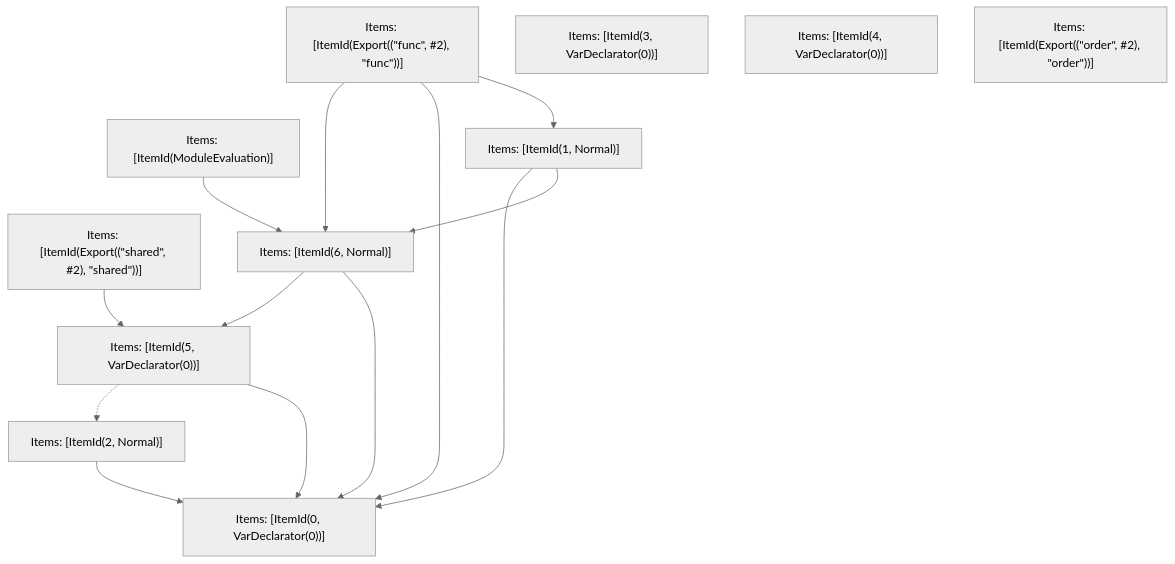
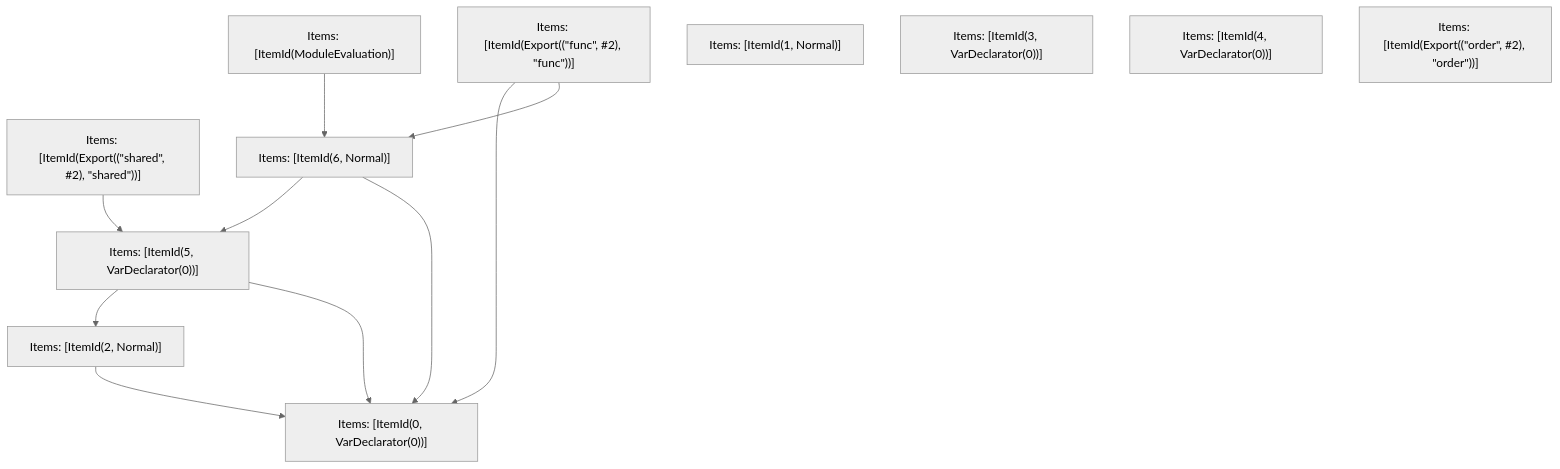
One commit to Sonar-UX-Testing-FreePlan/next.js changed the fifth of 5 diagrams in turbopack/crates/turbopack-ecmascript/tests/tree-shaker/analyzer/write-order/output.md. Above: the diagram before and after it, drawn with Mermaid (neutral theme). The commit also changed other lines of this file and 30 other files, not shown here.

````diff
--- a/turbopack/crates/turbopack-ecmascript/tests/tree-shaker/analyzer/write-order/output.md
+++ b/turbopack/crates/turbopack-ecmascript/tests/tree-shaker/analyzer/write-order/output.md
@@ -211,26 +211,23 @@
 ```mermaid
 graph TD
     N0["Items: [ItemId(ModuleEvaluation)]"];
     N1["Items: [ItemId(Export((&quot;func&quot;, #2), &quot;func&quot;))]"];
     N2["Items: [ItemId(Export((&quot;shared&quot;, #2), &quot;shared&quot;))]"];
     N3["Items: [ItemId(0, VarDeclarator(0))]"];
-    N4["Items: [ItemId(1, Normal)]"];
-    N5["Items: [ItemId(2, Normal)]"];
-    N6["Items: [ItemId(5, VarDeclarator(0))]"];
-    N7["Items: [ItemId(6, Normal)]"];
+    N4["Items: [ItemId(2, Normal)]"];
+    N5["Items: [ItemId(5, VarDeclarator(0))]"];
+    N6["Items: [ItemId(6, Normal)]"];
+    N7["Items: [ItemId(1, Normal)]"];
     N8["Items: [ItemId(3, VarDeclarator(0))]"];
     N9["Items: [ItemId(4, VarDeclarator(0))]"];
     N10["Items: [ItemId(Export((&quot;order&quot;, #2), &quot;order&quot;))]"];
+    N4 --> N3;
+    N5 --> N4;
+    N1 --> N3;
+    N1 --> N6;
     N5 --> N3;
-    N1 --> N7;
-    N0 --> N7;
-    N4 --> N3;
-    N6 -.-> N5;
+    N2 --> N5;
+    N6 --> N5;
     N6 --> N3;
-    N1 --> N3;
-    N7 --> N6;
-    N7 --> N3;
-    N4 --> N7;
-    N1 --> N4;
-    N2 --> N6;
+    N0 --> N6;
 ```
````
